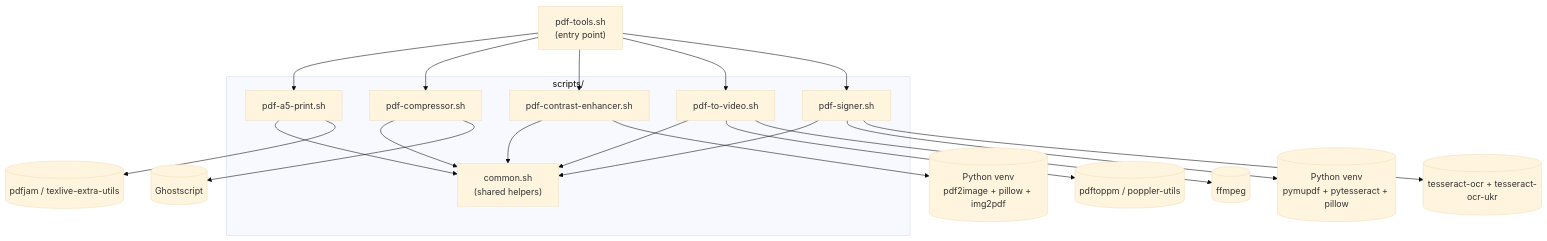
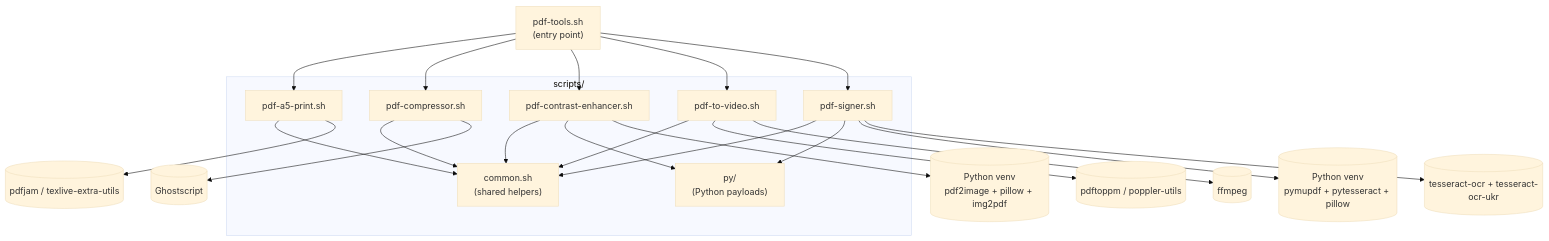
One commit to oleksiisedun/pdf-tools changed the diagram in README.md. Above: the diagram before and after it, drawn with Mermaid (base theme). The commit also changed other lines of this file and 1 other file, not shown here.

First line of the commit message:
Document scripts/py/, checks/python.sh and ensure_venv

````diff
--- a/README.md
+++ b/README.md
@@ -34,33 +34,36 @@
 ```mermaid
 graph TD
   Menu["pdf-tools.sh\n(entry point)"]
 
   subgraph Scripts["scripts/"]
     Common["common.sh\n(shared helpers)"]
+  Py["py/\n(Python payloads)"]
     A5["pdf-a5-print.sh"]
     Compressor["pdf-compressor.sh"]
     Contrast["pdf-contrast-enhancer.sh"]
     ToVideo["pdf-to-video.sh"]
     Signer["pdf-signer.sh"]
   end
 
   Menu --> A5
   Menu --> Compressor
   Menu --> Contrast
   Menu --> ToVideo
   Menu --> Signer
 
   A5 --> Common
   Compressor --> Common
   Contrast --> Common
   ToVideo --> Common
   Signer --> Common
 
   A5 --> Pdfjam[("pdfjam / texlive-extra-utils")]
   Compressor --> Ghostscript[("Ghostscript")]
+  Contrast --> Py
+  Signer --> Py
   Contrast --> Venv[("Python venv\npdf2image + pillow + img2pdf")]
   ToVideo --> Pdftoppm[("pdftoppm / poppler-utils")]
   ToVideo --> Ffmpeg[("ffmpeg")]
   Signer --> SignerVenv[("Python venv\npymupdf + pytesseract + pillow")]
   Signer --> Tesseract[("tesseract-ocr + tesseract-ocr-ukr")]
 ```
````
